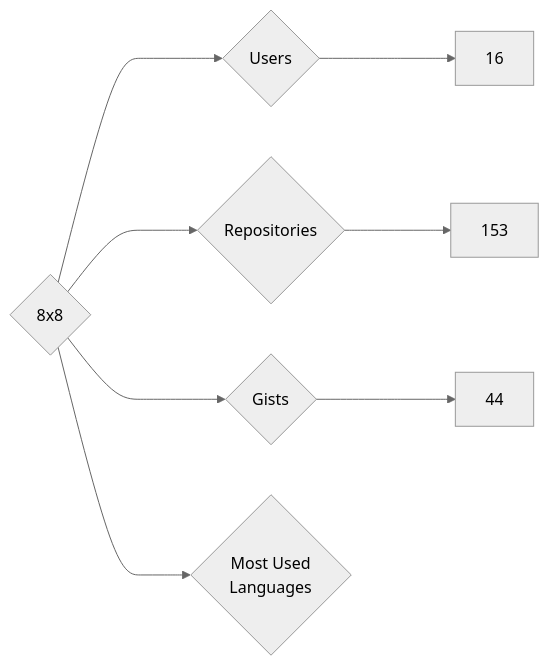
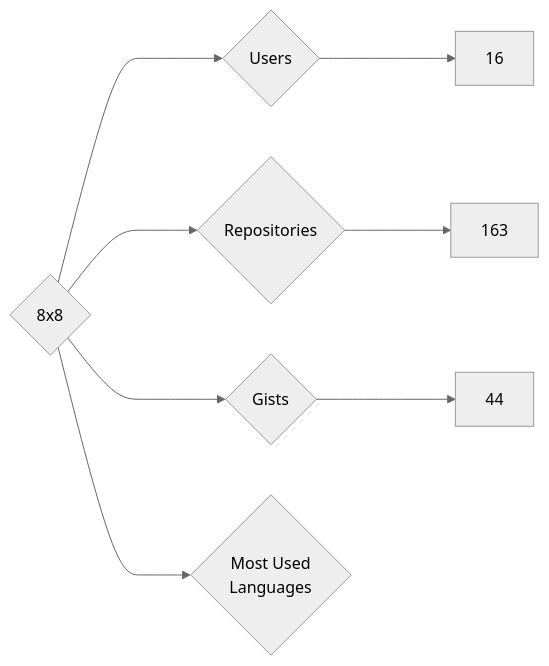
One commit to nenadzaric/insiders changed the diagram in targets/8x8/README.md. Above: the diagram before and after it, drawn with Mermaid (neutral theme). The commit also changed 15 other files, not shown here.

````diff
--- a/targets/8x8/README.md
+++ b/targets/8x8/README.md
@@ -3,8 +3,8 @@
 ```mermaid
 graph LR
 COMPANY_NAME{8x8}
 COMPANY_NAME ---> U{Users} ---> UN[16]
-COMPANY_NAME ---> R{Repositories} ---> RN[153]
+COMPANY_NAME ---> R{Repositories} ---> RN[163]
 COMPANY_NAME ---> G{Gists} ---> GN[44]
 COMPANY_NAME ---> ML{Most Used<br>Languages}
 ```
````
